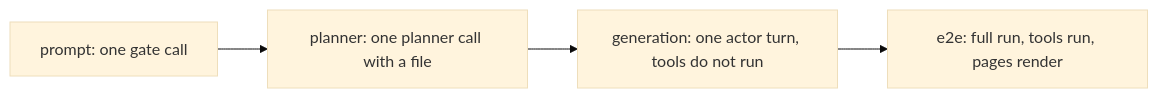
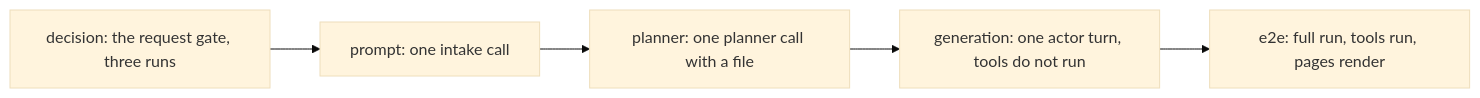
One commit to Altinn/altinn-studio changed the first of 6 diagrams in src/AI/assistant/docs/modules/benchmarks.md. Above: the diagram before and after it, drawn with Mermaid (base theme). The commit also changed other lines of this file and 50 other files, not shown here.

````diff
--- a/src/AI/assistant/docs/modules/benchmarks.md
+++ b/src/AI/assistant/docs/modules/benchmarks.md
@@ -23,6 +23,7 @@
 ```mermaid
 flowchart LR
-  P["prompt: one gate call"] --> L["planner: one planner call with a file"]
+  D["decision: the request gate, three runs"] --> P["prompt: one intake call"]
+  P --> L["planner: one planner call with a file"]
   L --> G["generation: one actor turn, tools do not run"]
   G --> E["e2e: full run, tools run, pages render"]
 ```
````
